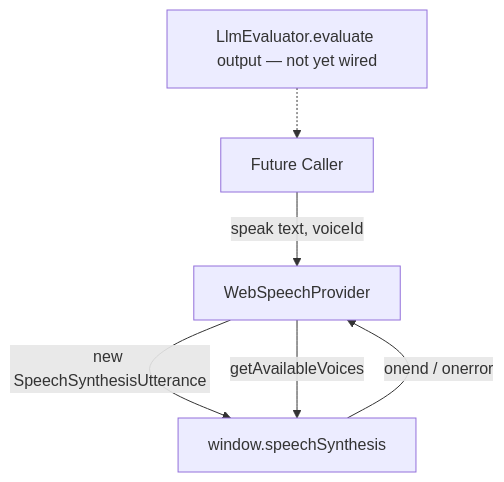
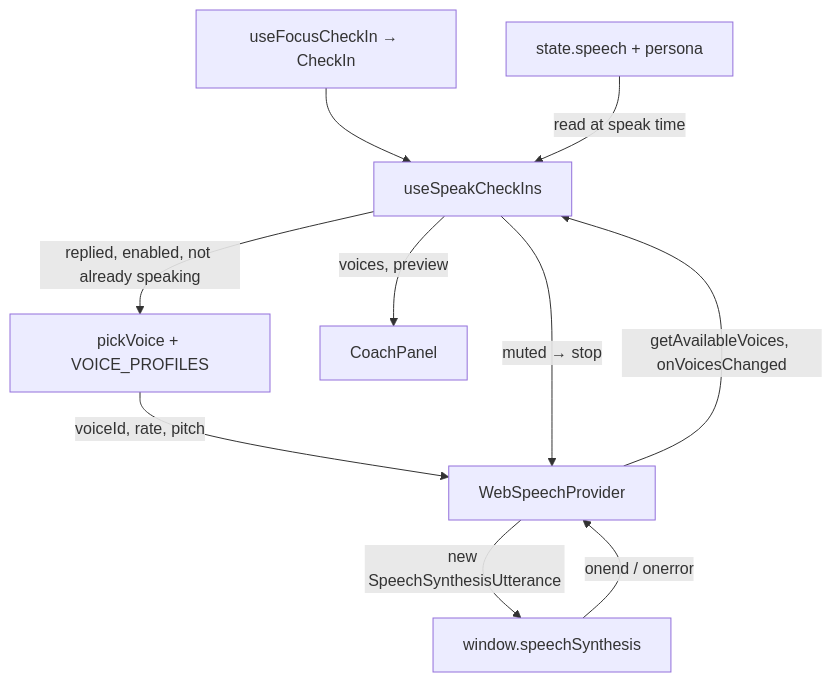
One commit to Masterslayer7/FocusSentinel changed the first of 3 diagrams in src/renderer/services/tts/CONTEXT.md. Above: the diagram before and after it, drawn with Mermaid. The commit also changed other lines of this file and 22 other files, not shown here.

First line of the commit message:
feat(tts): speak check-ins aloud with a voice per persona

````diff
--- a/src/renderer/services/tts/CONTEXT.md
+++ b/src/renderer/services/tts/CONTEXT.md
@@ -24,8 +32,12 @@
 ```mermaid
 graph TD
-    LLM[LlmEvaluator.evaluate output — not yet wired] -.-> Caller[Future Caller]
-    Caller -->|speak text, voiceId| Provider[WebSpeechProvider]
+    CheckIn[useFocusCheckIn → CheckIn] --> Hook[useSpeakCheckIns]
+    Settings[state.speech + persona] -->|read at speak time| Hook
+    Hook -->|replied, enabled, not already speaking| Pick[pickVoice + VOICE_PROFILES]
+    Pick -->|voiceId, rate, pitch| Provider[WebSpeechProvider]
+    Hook -->|muted → stop| Provider
     Provider -->|new SpeechSynthesisUtterance| Synth[window.speechSynthesis]
     Synth -->|onend / onerror| Provider
-    Provider -->|getAvailableVoices| Synth
+    Provider -->|getAvailableVoices, onVoicesChanged| Hook
+    Hook -->|voices, preview| Coach[CoachPanel]
 ```
````
